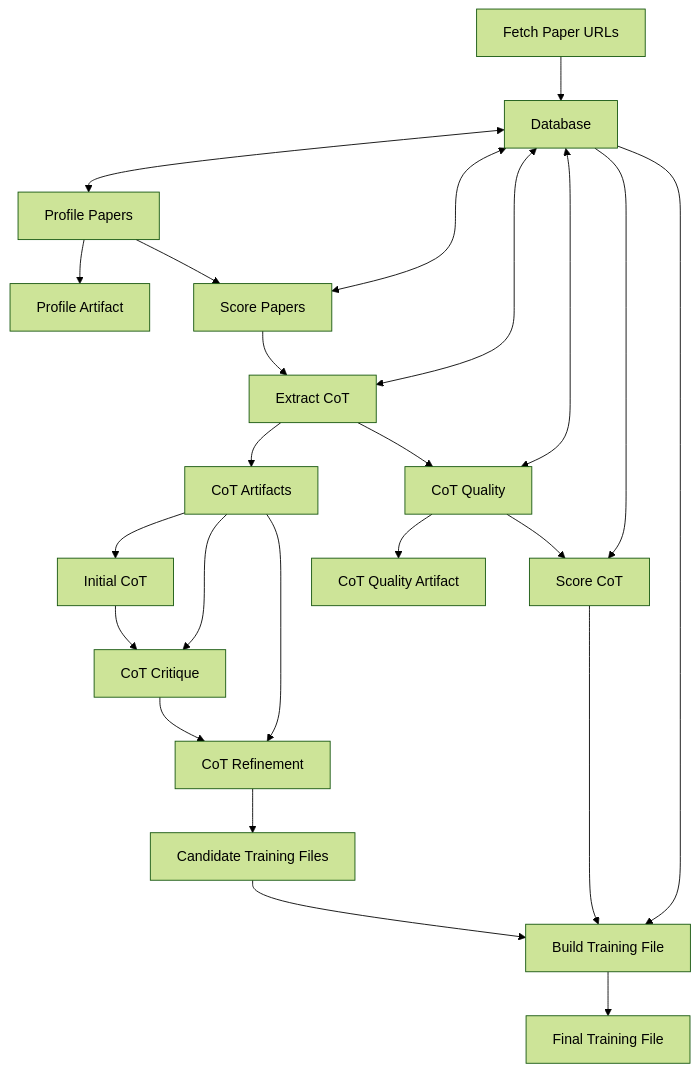
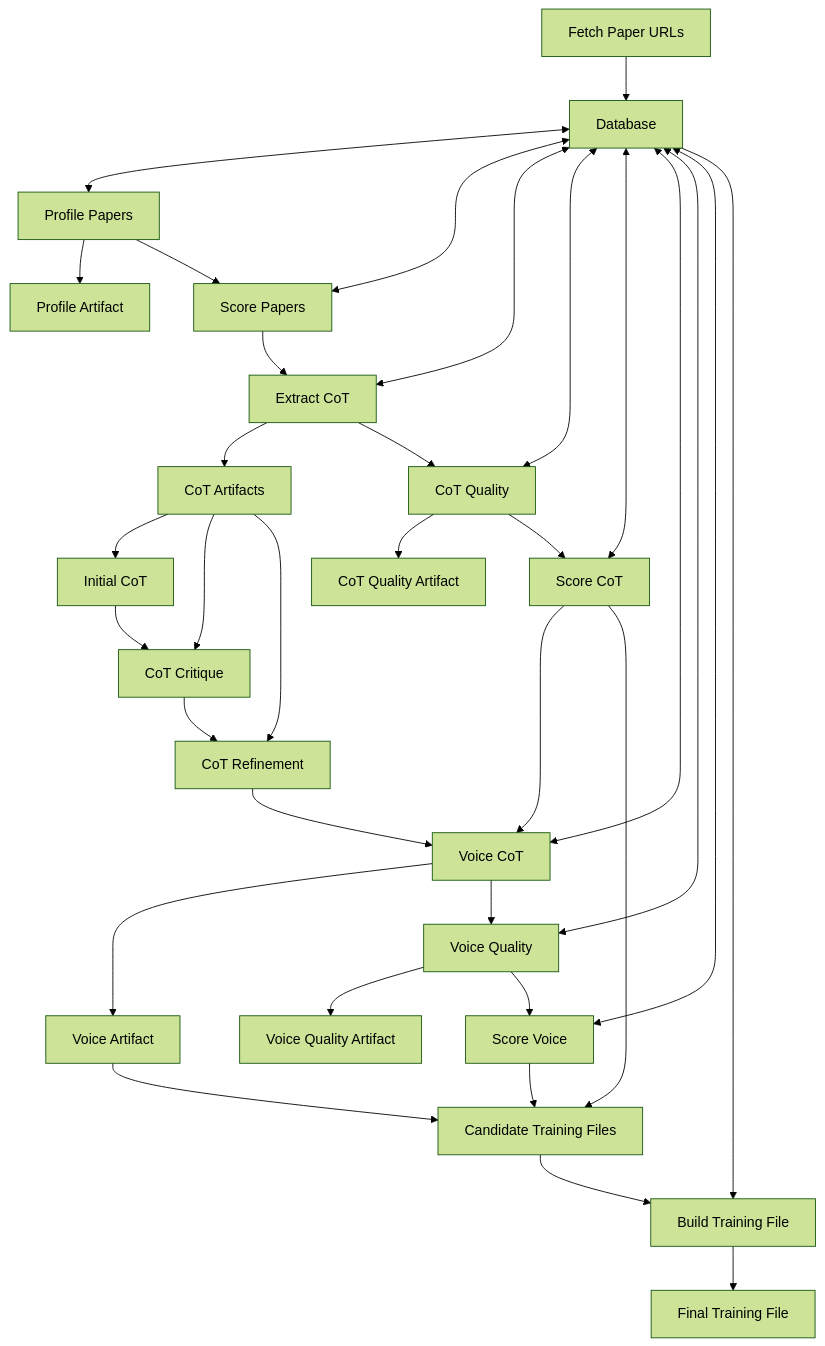
Before and after one commit to thehunmonkgroup/raspberry-paper-to-cot-pipeline: the diagram in misc/pipeline-diagram.mmd, drawn with Mermaid (forest theme). The commit also changed 1 other file, not shown here.

Commit message:
add voicing stages to diagram

```diff
--- a/misc/pipeline-diagram.mmd
+++ b/misc/pipeline-diagram.mmd
@@ -1,24 +1,34 @@
 flowchart TD
     A[Fetch Paper URLs] --> B[Database]
     B <--> E[Profile Papers]
     B <--> F[Score Papers]
     B <--> G[Extract CoT]
     B <--> H[CoT Quality]
-    B --> I[Score CoT]
+    B <--> I[Score CoT]
+    B <--> S[Voice CoT]
+    B <--> T[Voice Quality]
+    B <--> U[Score Voice]
     B --> J[Build Training File]
     E --> K[Profile Artifact]
     G --> L[CoT Artifacts]
     H --> M[CoT Quality Artifact]
+    S --> V[Voice Artifact]
+    T --> W[Voice Quality Artifact]
     J --> N[Final Training File]
     L --> O[Initial CoT]
     L --> P[CoT Critique]
     L --> Q[CoT Refinement]
-    Q --> R[Candidate Training Files]
+    V --> R[Candidate Training Files]
     R --> J
     E --> F
     F --> G
     G --> H
     H --> I
-    I --> J
+    I --> S
+    S --> T
+    T --> U
     O --> P
     P --> Q
+    I --> R
+    U --> R
+    Q --> S
```
